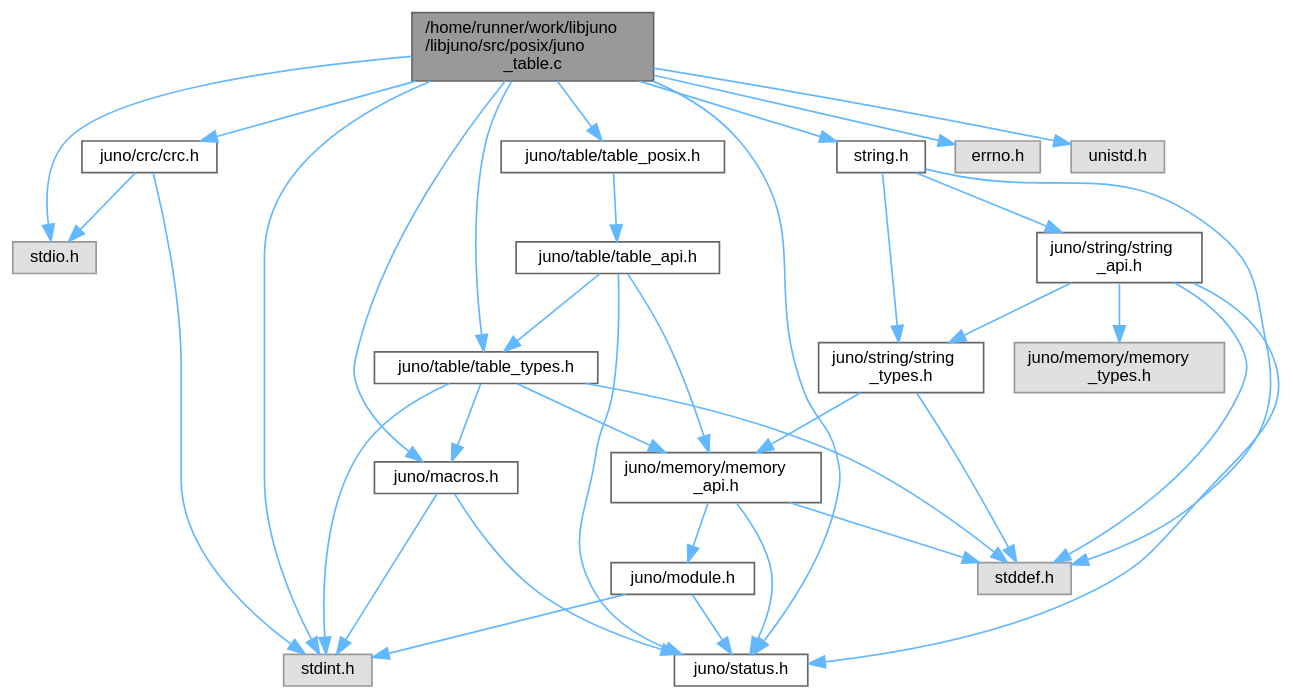
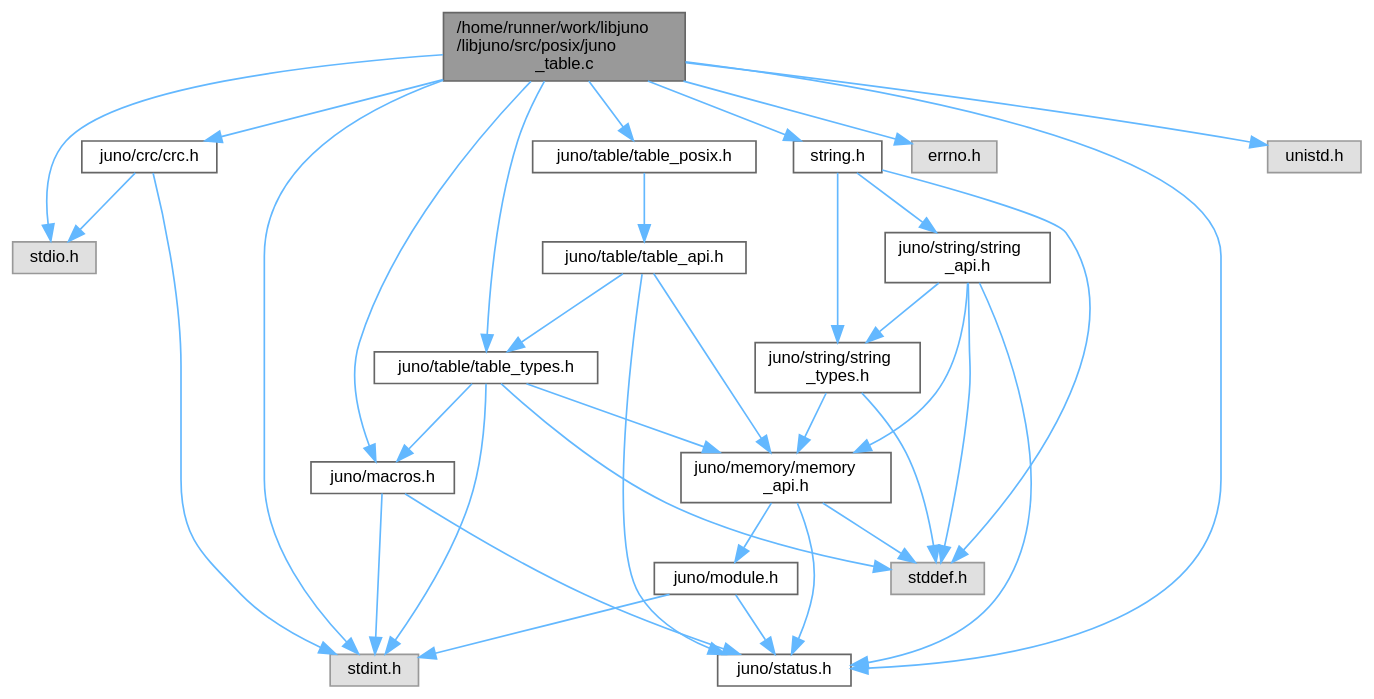
The diagram in juno__table_8c__incl.dot (robinonsay/libjuno), drawn with Graphviz before and after one commit. The commit also changed 192 other files, not shown here.

```diff
--- a/juno__table_8c__incl.dot
+++ b/juno__table_8c__incl.dot
@@ -1,61 +1,60 @@
 digraph "/home/runner/work/libjuno/libjuno/src/posix/juno_table.c"
 {
  // LATEX_PDF_SIZE
   bgcolor="transparent";
   edge [fontname=Helvetica,fontsize=10,labelfontname=Helvetica,labelfontsize=10];
   node [fontname=Helvetica,fontsize=10,shape=box,height=0.2,width=0.4];
   Node1 [id="Node000001",label="/home/runner/work/libjuno\l/libjuno/src/posix/juno\l_table.c",height=0.2,width=0.4,color="gray40", fillcolor="grey60", style="filled", fontcolor="black",tooltip=" "];
   Node1 -> Node2 [id="edge1_Node000001_Node000002",color="steelblue1",style="solid",tooltip=" "];
   Node2 [id="Node000002",label="juno/crc/crc.h",height=0.2,width=0.4,color="grey40", fillcolor="white", style="filled",URL="$crc_8h.html",tooltip=" "];
   Node2 -> Node3 [id="edge2_Node000002_Node000003",color="steelblue1",style="solid",tooltip=" "];
   Node3 [id="Node000003",label="stdio.h",height=0.2,width=0.4,color="grey60", fillcolor="#E0E0E0", style="filled",tooltip=" "];
   Node2 -> Node4 [id="edge3_Node000002_Node000004",color="steelblue1",style="solid",tooltip=" "];
   Node4 [id="Node000004",label="stdint.h",height=0.2,width=0.4,color="grey60", fillcolor="#E0E0E0", style="filled",tooltip=" "];
   Node1 -> Node5 [id="edge4_Node000001_Node000005",color="steelblue1",style="solid",tooltip=" "];
   Node5 [id="Node000005",label="juno/macros.h",height=0.2,width=0.4,color="grey40", fillcolor="white", style="filled",URL="$macros_8h.html",tooltip=" "];
   Node5 -> Node6 [id="edge5_Node000005_Node000006",color="steelblue1",style="solid",tooltip=" "];
   Node6 [id="Node000006",label="juno/status.h",height=0.2,width=0.4,color="grey40", fillcolor="white", style="filled",URL="$status_8h.html",tooltip=" "];
   Node5 -> Node4 [id="edge6_Node000005_Node000004",color="steelblue1",style="solid",tooltip=" "];
   Node1 -> Node6 [id="edge7_Node000001_Node000006",color="steelblue1",style="solid",tooltip=" "];
   Node1 -> Node7 [id="edge8_Node000001_Node000007",color="steelblue1",style="solid",tooltip=" "];
   Node7 [id="Node000007",label="juno/table/table_posix.h",height=0.2,width=0.4,color="grey40", fillcolor="white", style="filled",URL="$table__posix_8h.html",tooltip=" "];
   Node7 -> Node8 [id="edge9_Node000007_Node000008",color="steelblue1",style="solid",tooltip=" "];
   Node8 [id="Node000008",label="juno/table/table_api.h",height=0.2,width=0.4,color="grey40", fillcolor="white", style="filled",URL="$table__api_8h.html",tooltip=" "];
   Node8 -> Node9 [id="edge10_Node000008_Node000009",color="steelblue1",style="solid",tooltip=" "];
   Node9 [id="Node000009",label="juno/memory/memory\l_api.h",height=0.2,width=0.4,color="grey40", fillcolor="white", style="filled",URL="$memory__api_8h.html",tooltip=" "];
   Node9 -> Node6 [id="edge11_Node000009_Node000006",color="steelblue1",style="solid",tooltip=" "];
   Node9 -> Node10 [id="edge12_Node000009_Node000010",color="steelblue1",style="solid",tooltip=" "];
   Node10 [id="Node000010",label="juno/module.h",height=0.2,width=0.4,color="grey40", fillcolor="white", style="filled",URL="$module_8h.html",tooltip=" "];
   Node10 -> Node6 [id="edge13_Node000010_Node000006",color="steelblue1",style="solid",tooltip=" "];
   Node10 -> Node4 [id="edge14_Node000010_Node000004",color="steelblue1",style="solid",tooltip=" "];
   Node9 -> Node11 [id="edge15_Node000009_Node000011",color="steelblue1",style="solid",tooltip=" "];
   Node11 [id="Node000011",label="stddef.h",height=0.2,width=0.4,color="grey60", fillcolor="#E0E0E0", style="filled",tooltip=" "];
   Node8 -> Node12 [id="edge16_Node000008_Node000012",color="steelblue1",style="solid",tooltip=" "];
   Node12 [id="Node000012",label="juno/table/table_types.h",height=0.2,width=0.4,color="grey40", fillcolor="white", style="filled",URL="$table__types_8h.html",tooltip=" "];
   Node12 -> Node5 [id="edge17_Node000012_Node000005",color="steelblue1",style="solid",tooltip=" "];
   Node12 -> Node9 [id="edge18_Node000012_Node000009",color="steelblue1",style="solid",tooltip=" "];
   Node12 -> Node4 [id="edge19_Node000012_Node000004",color="steelblue1",style="solid",tooltip=" "];
   Node12 -> Node11 [id="edge20_Node000012_Node000011",color="steelblue1",style="solid",tooltip=" "];
   Node8 -> Node6 [id="edge21_Node000008_Node000006",color="steelblue1",style="solid",tooltip=" "];
   Node1 -> Node12 [id="edge22_Node000001_Node000012",color="steelblue1",style="solid",tooltip=" "];
   Node1 -> Node13 [id="edge23_Node000001_Node000013",color="steelblue1",style="solid",tooltip=" "];
   Node13 [id="Node000013",label="errno.h",height=0.2,width=0.4,color="grey60", fillcolor="#E0E0E0", style="filled",tooltip=" "];
   Node1 -> Node4 [id="edge24_Node000001_Node000004",color="steelblue1",style="solid",tooltip=" "];
   Node1 -> Node3 [id="edge25_Node000001_Node000003",color="steelblue1",style="solid",tooltip=" "];
   Node1 -> Node14 [id="edge26_Node000001_Node000014",color="steelblue1",style="solid",tooltip=" "];
   Node14 [id="Node000014",label="string.h",height=0.2,width=0.4,color="grey40", fillcolor="white", style="filled",URL="$string_8h.html",tooltip=" "];
   Node14 -> Node15 [id="edge27_Node000014_Node000015",color="steelblue1",style="solid",tooltip=" "];
   Node15 [id="Node000015",label="juno/string/string\l_api.h",height=0.2,width=0.4,color="grey40", fillcolor="white", style="filled",URL="$string__api_8h.html",tooltip=" "];
-  Node15 -> Node16 [id="edge28_Node000015_Node000016",color="steelblue1",style="solid",tooltip=" "];
-  Node16 [id="Node000016",label="juno/memory/memory\l_types.h",height=0.2,width=0.4,color="grey60", fillcolor="#E0E0E0", style="filled",tooltip=" "];
+  Node15 -> Node9 [id="edge28_Node000015_Node000009",color="steelblue1",style="solid",tooltip=" "];
   Node15 -> Node6 [id="edge29_Node000015_Node000006",color="steelblue1",style="solid",tooltip=" "];
-  Node15 -> Node17 [id="edge30_Node000015_Node000017",color="steelblue1",style="solid",tooltip=" "];
-  Node17 [id="Node000017",label="juno/string/string\l_types.h",height=0.2,width=0.4,color="grey40", fillcolor="white", style="filled",URL="$string__types_8h.html",tooltip=" "];
-  Node17 -> Node9 [id="edge31_Node000017_Node000009",color="steelblue1",style="solid",tooltip=" "];
-  Node17 -> Node11 [id="edge32_Node000017_Node000011",color="steelblue1",style="solid",tooltip=" "];
+  Node15 -> Node16 [id="edge30_Node000015_Node000016",color="steelblue1",style="solid",tooltip=" "];
+  Node16 [id="Node000016",label="juno/string/string\l_types.h",height=0.2,width=0.4,color="grey40", fillcolor="white", style="filled",URL="$string__types_8h.html",tooltip=" "];
+  Node16 -> Node9 [id="edge31_Node000016_Node000009",color="steelblue1",style="solid",tooltip=" "];
+  Node16 -> Node11 [id="edge32_Node000016_Node000011",color="steelblue1",style="solid",tooltip=" "];
   Node15 -> Node11 [id="edge33_Node000015_Node000011",color="steelblue1",style="solid",tooltip=" "];
-  Node14 -> Node17 [id="edge34_Node000014_Node000017",color="steelblue1",style="solid",tooltip=" "];
+  Node14 -> Node16 [id="edge34_Node000014_Node000016",color="steelblue1",style="solid",tooltip=" "];
   Node14 -> Node11 [id="edge35_Node000014_Node000011",color="steelblue1",style="solid",tooltip=" "];
-  Node1 -> Node18 [id="edge36_Node000001_Node000018",color="steelblue1",style="solid",tooltip=" "];
-  Node18 [id="Node000018",label="unistd.h",height=0.2,width=0.4,color="grey60", fillcolor="#E0E0E0", style="filled",tooltip=" "];
+  Node1 -> Node17 [id="edge36_Node000001_Node000017",color="steelblue1",style="solid",tooltip=" "];
+  Node17 [id="Node000017",label="unistd.h",height=0.2,width=0.4,color="grey60", fillcolor="#E0E0E0", style="filled",tooltip=" "];
 }
```
